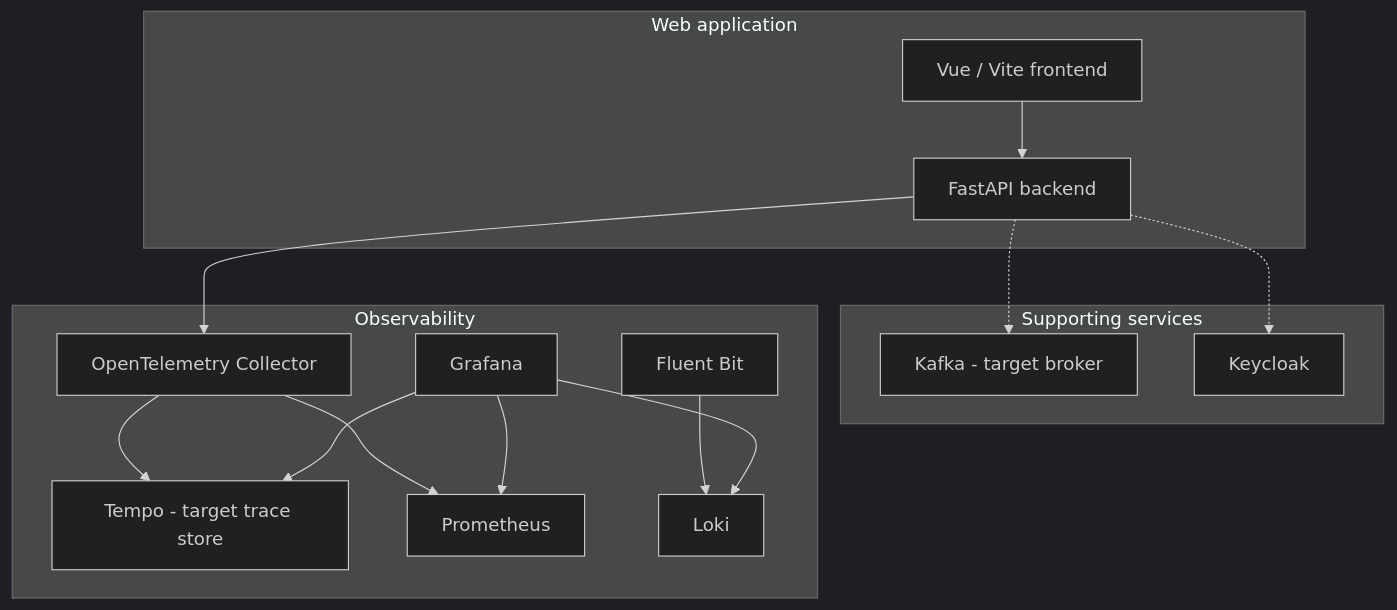
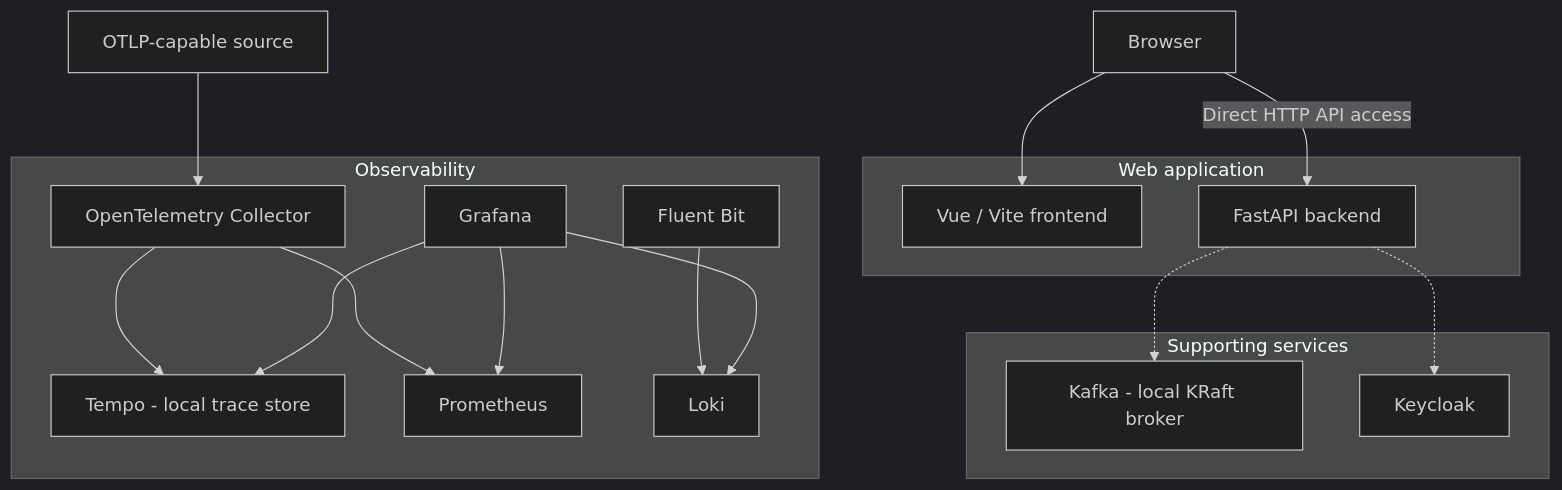
The diagram in docs/arc42/05_building_block_view.md (saapo-ka-baadshah/SKB.Py.FastAPIVueFramework), drawn with Mermaid (dark theme) before and after one commit. The commit also changed other lines of this file and 26 other files, not shown here.

````diff
--- a/docs/arc42/05_building_block_view.md
+++ b/docs/arc42/05_building_block_view.md
@@ -7,29 +7,30 @@
 ```mermaid
 flowchart TB
 	subgraph Web[Web application]
 		Frontend[Vue / Vite frontend]
 		Backend[FastAPI backend]
-		Frontend --> Backend
 	end
+	Browser[Browser] --> Frontend
+	Browser -->|Direct HTTP API access| Backend
 	subgraph Platform[Supporting services]
-		Kafka[Kafka - target broker]
+		Kafka[Kafka - local KRaft broker]
 		Keycloak[Keycloak]
 	end
 	subgraph Observe[Observability]
 		Collector[OpenTelemetry Collector]
-		Tempo[Tempo - target trace store]
+		Tempo[Tempo - local trace store]
 		Prometheus[Prometheus]
 		Loki[Loki]
 		FluentBit[Fluent Bit]
 		Grafana[Grafana]
 		Collector --> Tempo
 		Collector --> Prometheus
 		FluentBit --> Loki
 		Grafana --> Tempo
 		Grafana --> Prometheus
 		Grafana --> Loki
 	end
-	Backend --> Collector
+	TelemetrySource[OTLP-capable source] --> Collector
 	Backend -.-> Kafka
 	Backend -.-> Keycloak
 ```
````
